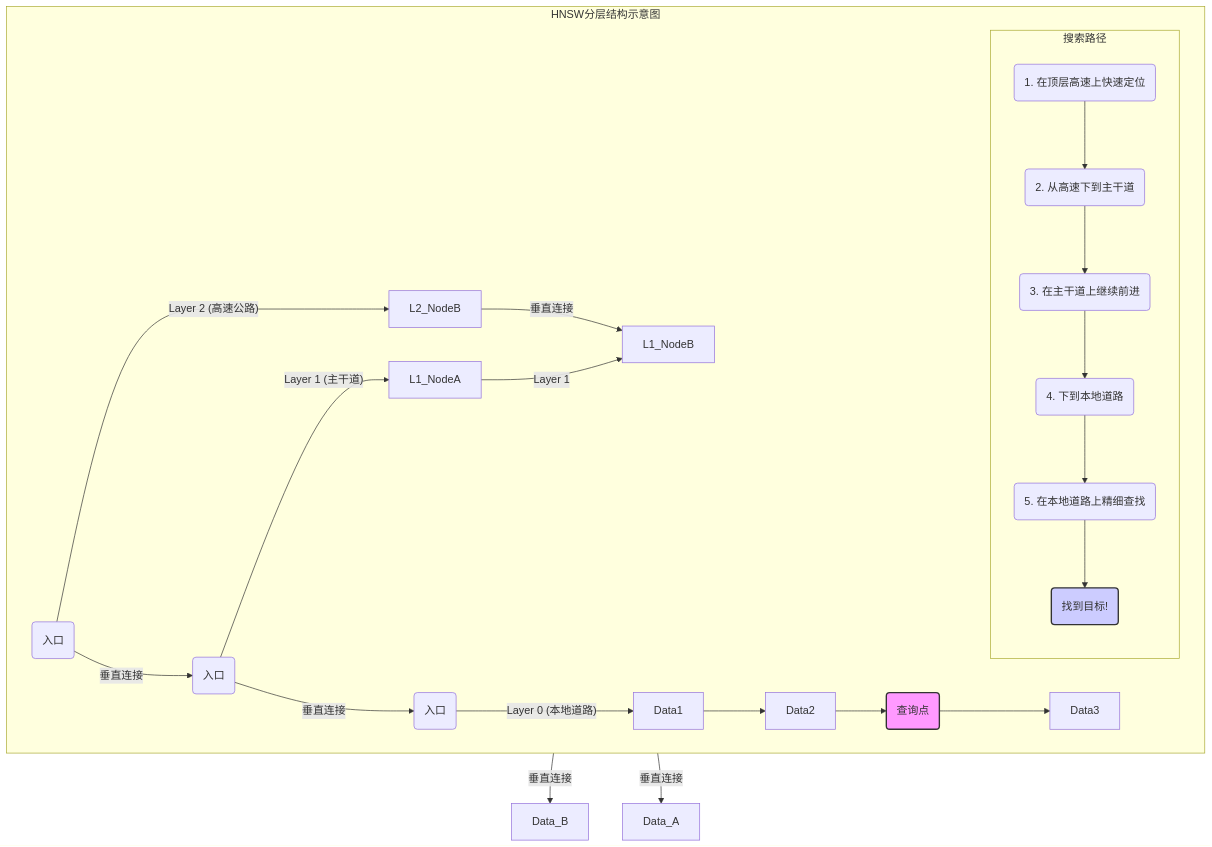
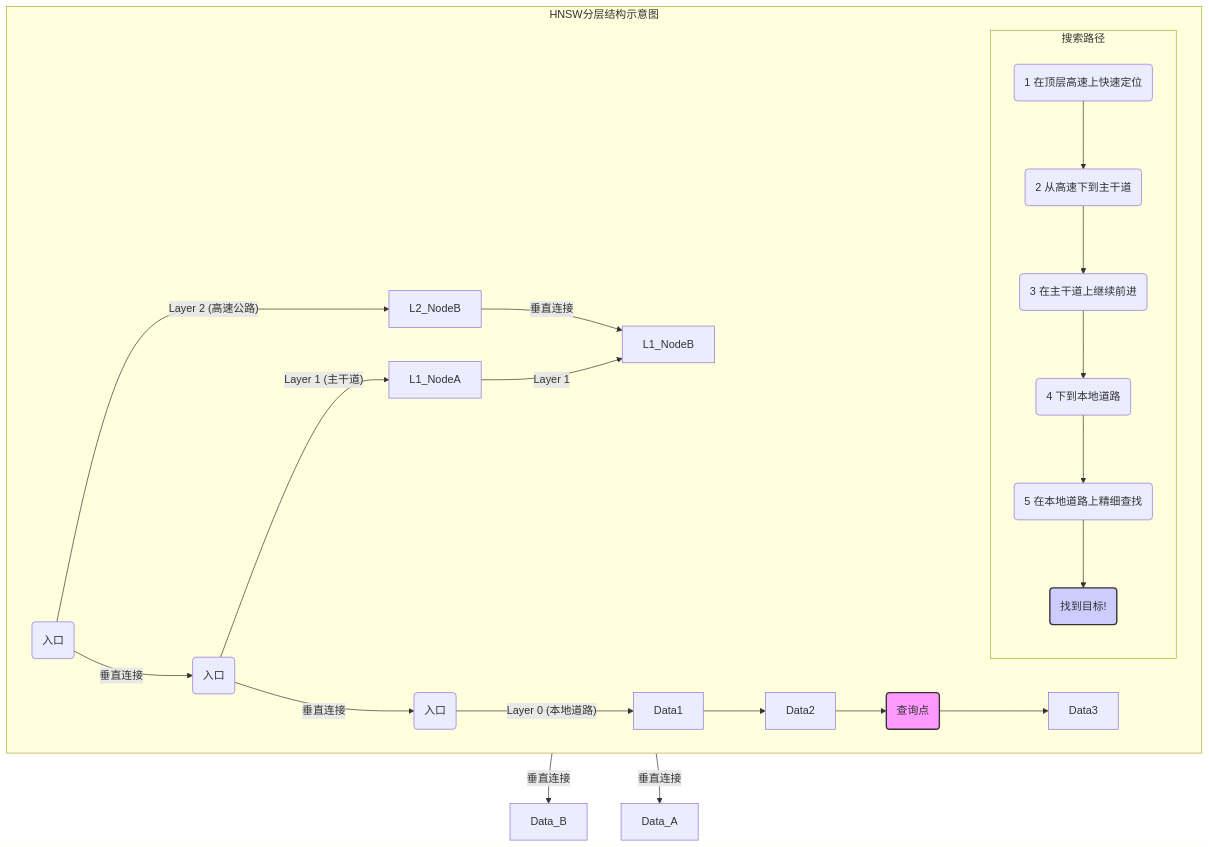
The fifth of 7 diagrams in 202506/20250619_02.md (digoal/blog), drawn with Mermaid before and after one commit.

````diff
--- a/202506/20250619_02.md
+++ b/202506/20250619_02.md
@@ -308,26 +308,26 @@
 ```mermaid
 graph TD
     subgraph "HNSW分层结构示意图"
         direction LR
         L2_Start(入口) -- "Layer 2 (高速公路)" --> L2_NodeB
         L1_Start(入口) -- "Layer 1 (主干道)" --> L1_NodeA -- "Layer 1" --> L1_NodeB
         L0_Start(入口) -- "Layer 0 (本地道路)" --> Data1 --> Data2 --> Query(查询点) --> Data3
 
         subgraph "搜索路径"
             direction TB
-            P_L2(1. 在顶层高速上快速定位) --> P_Drop1(2. 从高速下到主干道)
-            P_Drop1 --> P_L1(3. 在主干道上继续前进) --> P_Drop2(4. 下到本地道路)
-            P_Drop2 --> P_L0(5. 在本地道路上精细查找) --> P_Found(找到目标!)
+            P_L2(1 在顶层高速上快速定位) --> P_Drop1(2 从高速下到主干道)
+            P_Drop1 --> P_L1(3 在主干道上继续前进) --> P_Drop2(4 下到本地道路)
+            P_Drop2 --> P_L0(5 在本地道路上精细查找) --> P_Found(找到目标!)
         end
     end
 
     L2_Start -- 垂直连接 --> L1_Start
     L1_Start -- 垂直连接 --> L0_Start
     L2_NodeB -- 垂直连接 --> L1_NodeB
     L1_NodeB -- 垂直连接 --> Data_B
     L1_NodeA -- 垂直连接 --> Data_A
 
 
     style Query fill:#f9f,stroke:#333,stroke-width:2px
     style P_Found fill:#ccf,stroke:#333,stroke-width:2px
 ```
````
